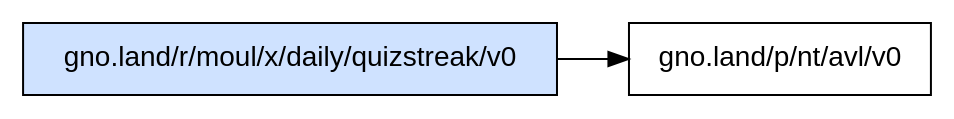
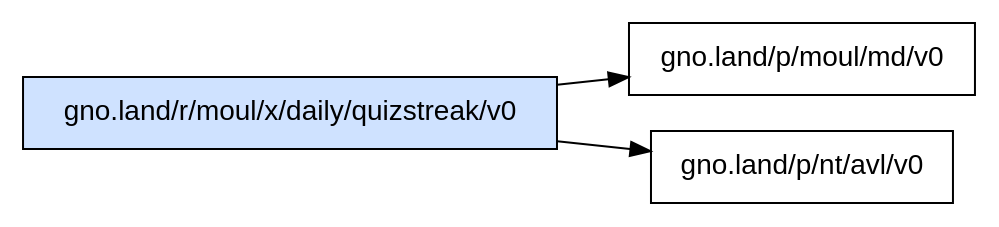
The diagram in _assets/gno.land/r/moul/x/daily/quizstreak/v0/deps.dot (moul/gno-contracts), drawn with Graphviz before and after one commit. The commit also changed 31 other files, not shown here.

Commit message:
chore: regenerate catalog, graphs and on-chain status [skip ci]

```diff
--- a/_assets/gno.land/r/moul/x/daily/quizstreak/v0/deps.dot
+++ b/_assets/gno.land/r/moul/x/daily/quizstreak/v0/deps.dot
@@ -1,6 +1,7 @@
 digraph deps {
   rankdir=LR;
   node [shape=box, fontname="sans-serif"];
   "gno.land/r/moul/x/daily/quizstreak/v0" [style=filled, fillcolor="#cfe2ff"];
+  "gno.land/r/moul/x/daily/quizstreak/v0" -> "gno.land/p/moul/md/v0";
   "gno.land/r/moul/x/daily/quizstreak/v0" -> "gno.land/p/nt/avl/v0";
 }
```
